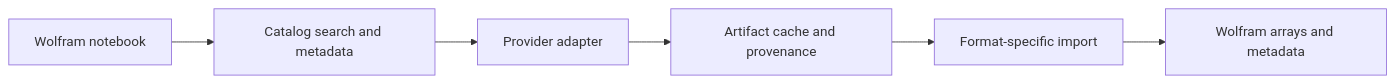
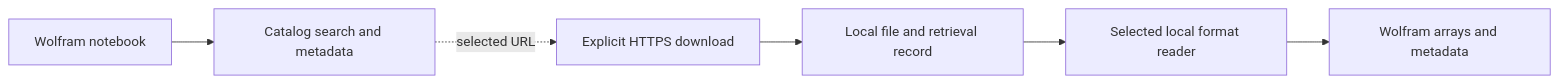
Before and after one commit to WolframInstitute/BioDataLink: the diagram in docs/design.md, drawn with Mermaid. The commit also changed other lines of this file and 53 other files, not shown here.

````diff
--- a/docs/design.md
+++ b/docs/design.md
@@ -36,8 +36,8 @@
 ```mermaid
 flowchart LR
     User[Wolfram notebook] --> Catalog[Catalog search and metadata]
-    Catalog --> Adapter[Provider adapter]
-    Adapter --> Cache[Artifact cache and provenance]
-    Cache --> Import[Format-specific import]
+    Catalog -. selected URL .-> Download[Explicit HTTPS download]
+    Download --> Local[Local file and retrieval record]
+    Local --> Import[Selected local format reader]
     Import --> Native[Wolfram arrays and metadata]
 ```
````
